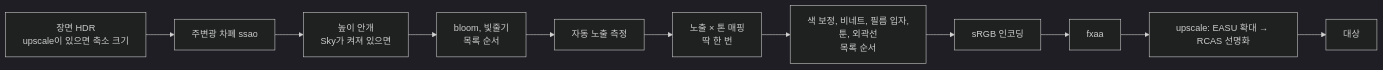
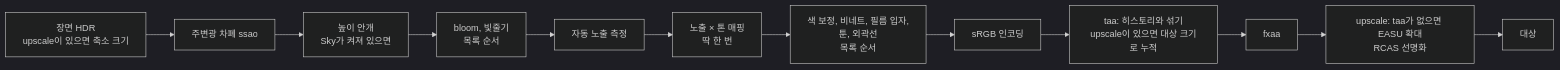
One commit to BeautyfullCastle/rust-ai-native-game-engine changed the third of 3 diagrams in docs/rendering-architecture.md. Above: the diagram before and after it, drawn with Mermaid (dark theme). The commit also changed other lines of this file and 2 other files, not shown here.

Commit message:
docs: describe TAA and temporal upscaling

````diff
--- a/docs/rendering-architecture.md
+++ b/docs/rendering-architecture.md
@@ -185,13 +185,14 @@
 ```mermaid
 flowchart LR
     A[장면 HDR<br/>upscale이 있으면 축소 크기] --> O[주변광 차폐 ssao]
     O --> F[높이 안개<br/>Sky가 켜져 있으면]
     F --> B[bloom, 빛줄기<br/>목록 순서]
     B --> X[자동 노출 측정]
     X --> E[노출 × 톤 매핑<br/>딱 한 번]
     E --> D[색 보정, 비네트, 필름 입자,<br/>툰, 외곽선<br/>목록 순서]
     D --> S[sRGB 인코딩]
-    S --> AA[fxaa]
-    AA --> U[upscale: EASU 확대 → RCAS 선명화]
+    S --> TA[taa: 히스토리와 섞기<br/>upscale이 있으면 대상 크기로 누적]
+    TA --> AA[fxaa]
+    AA --> U[upscale: taa가 없으면 EASU 확대<br/>RCAS 선명화]
     U --> T[대상]
 ```
````
